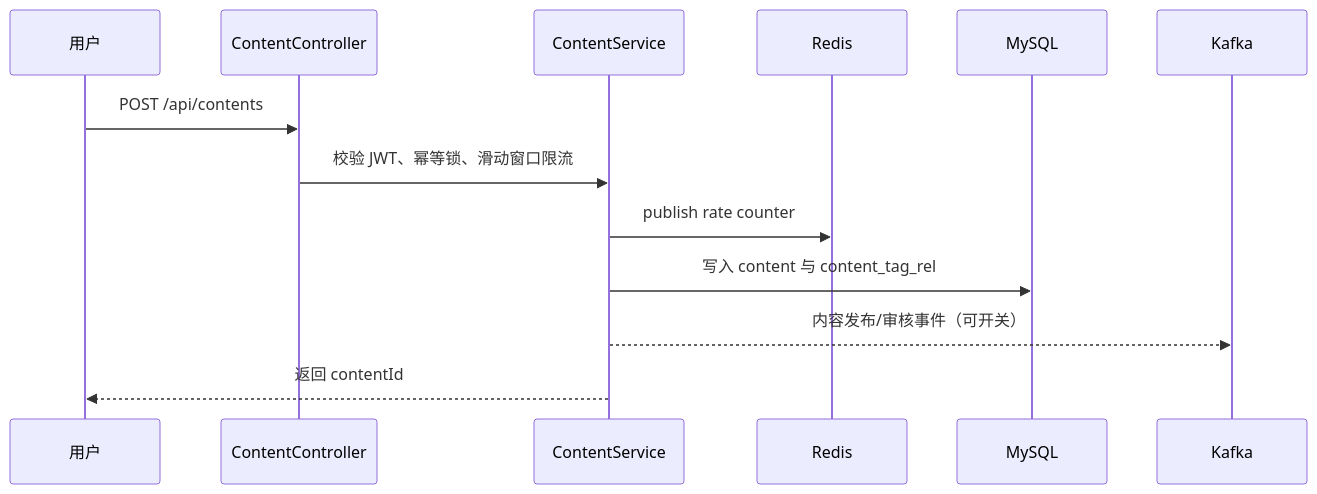
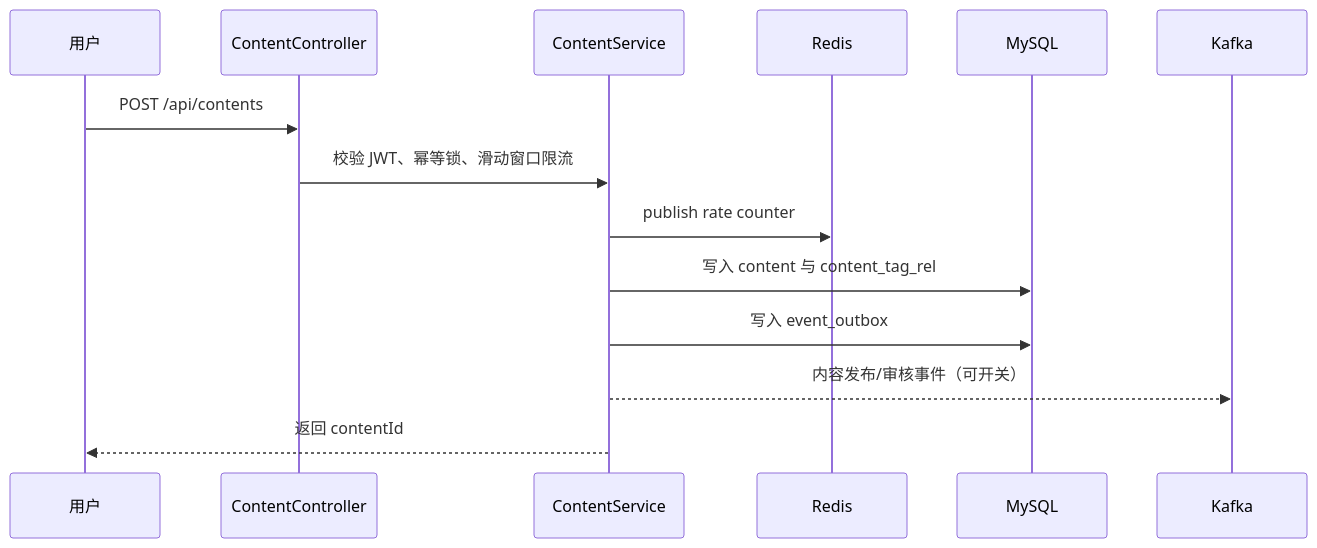
One commit to gaosanliukoushui/novahub changed the second of 7 diagrams in docs/architecture.md. Above: the diagram before and after it, drawn with Mermaid. The commit also changed other lines of this file and 177 other files, not shown here.

````diff
--- a/docs/architecture.md
+++ b/docs/architecture.md
@@ -35,15 +36,16 @@
 ```mermaid
 sequenceDiagram
   participant U as 用户
   participant C as ContentController
   participant S as ContentService
   participant R as Redis
   participant DB as MySQL
   participant K as Kafka
   U->>C: POST /api/contents
   C->>S: 校验 JWT、幂等锁、滑动窗口限流
   S->>R: publish rate counter
   S->>DB: 写入 content 与 content_tag_rel
+  S->>DB: 写入 event_outbox
   S-->>K: 内容发布/审核事件（可开关）
   S-->>U: 返回 contentId
 ```
````
